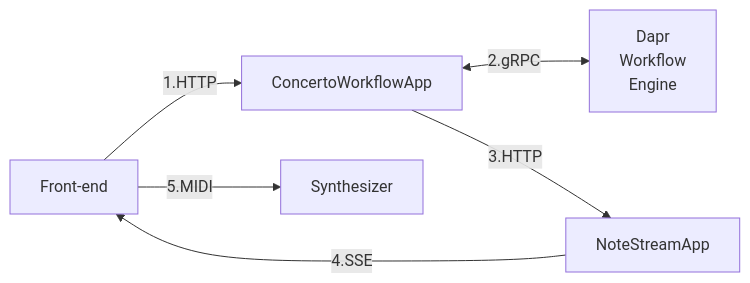
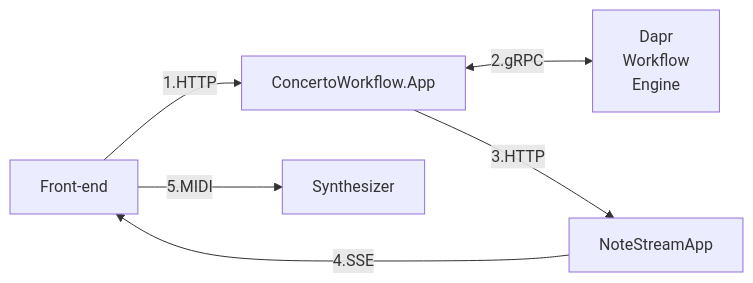
Before and after one commit to diagrid-labs/dapr-workflow-concerto: the diagram in .demo/slides/03-tech-setup/03-flow-diagram.md, drawn with Mermaid. The commit also changed 31 other files, not shown here.

````diff
--- a/.demo/slides/03-tech-setup/03-flow-diagram.md
+++ b/.demo/slides/03-tech-setup/03-flow-diagram.md
@@ -7,10 +7,10 @@
 ```mermaid
 flowchart LR
-    FE[Front-end] --1.HTTP--> CWA[ConcertoWorkflowApp]
+    FE[Front-end] --1.HTTP--> CWA[ConcertoWorkflow.App]
     CWA<--2.gRPC-->DAPR[Dapr
     Workflow
     Engine]
     CWA --3.HTTP--> NSA[NoteStreamApp]
     NSA --4.SSE--> FE
     FE --5.MIDI--> HS[Synthesizer]
 ```
````
